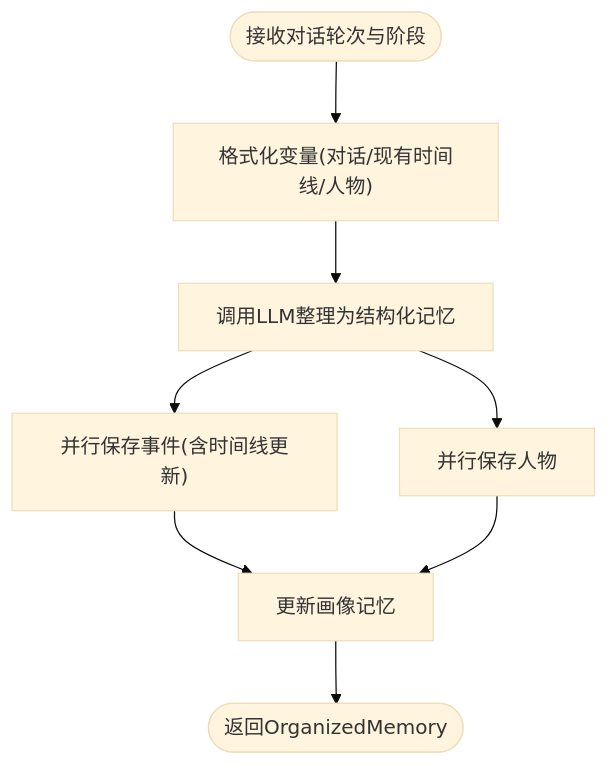
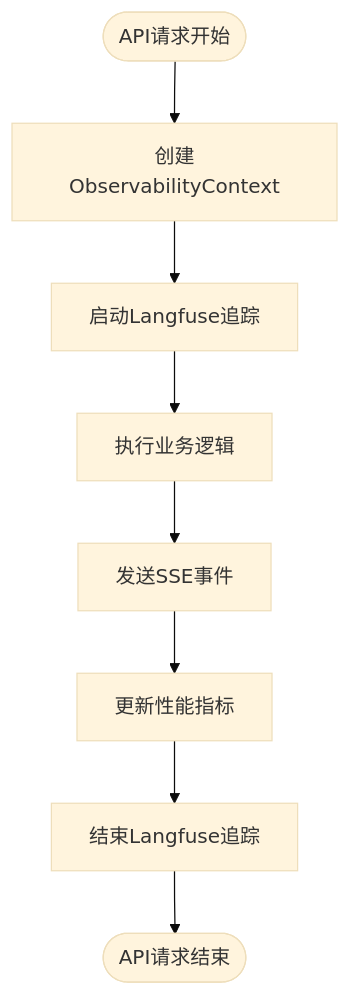
The fourth of 5 diagrams in .qoder/repowiki/zh/content/服务层架构/服务层架构.md (WangYiKai1017/zizuan), drawn with Mermaid (base theme) before and after one commit. The commit also changed other lines of this file and 99 other files, not shown here.

````diff
--- a/.qoder/repowiki/zh/content/服务层架构/服务层架构.md
+++ b/.qoder/repowiki/zh/content/服务层架构/服务层架构.md
@@ -293,10 +264,10 @@
 ```mermaid
 flowchart TD
-Start(["接收对话轮次与阶段"]) --> Format["格式化变量(对话/现有时间线/人物)"]
-Format --> CallLLM["调用LLM整理为结构化记忆"]
-CallLLM --> SaveEvents["并行保存事件(含时间线更新)"]
-CallLLM --> SavePeople["并行保存人物"]
-SaveEvents --> UpdateProfile["更新画像记忆"]
-SavePeople --> UpdateProfile
-UpdateProfile --> End(["返回OrganizedMemory"])
+Start(["API请求开始"]) --> CreateContext["创建ObservabilityContext"]
+CreateContext --> StartTrace["启动Langfuse追踪"]
+StartTrace --> Execute["执行业务逻辑"]
+Execute --> EmitEvents["发送SSE事件"]
+EmitEvents --> UpdateMetrics["更新性能指标"]
+UpdateMetrics --> EndTrace["结束Langfuse追踪"]
+EndTrace --> End(["API请求结束"])
 ```
````
